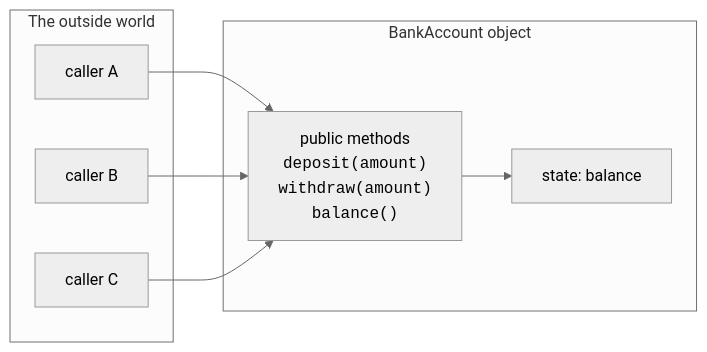
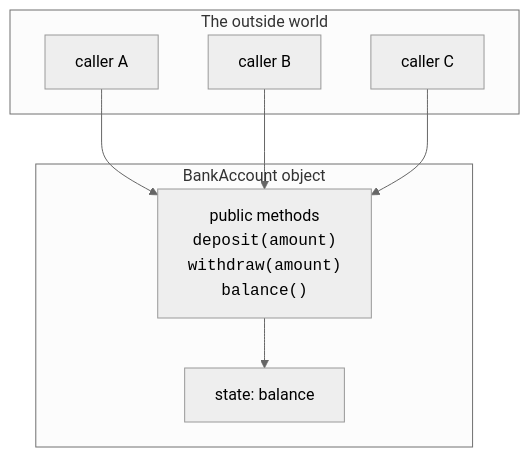
The first of 3 diagrams in content/courses/oop-blueprint-java/encapsulation.mdx (dataslope/dataslope), drawn with Mermaid (neutral theme) before and after one commit. The commit also changed 2180 other files, not shown here.

````diff
--- a/content/courses/oop-blueprint-java/encapsulation.mdx
+++ b/content/courses/oop-blueprint-java/encapsulation.mdx
@@ -30,17 +36,17 @@
 ```mermaid
-flowchart LR
+flowchart TD
     subgraph Outside["The outside world"]
         C1[caller A]
         C2[caller B]
         C3[caller C]
     end
     subgraph Capsule["BankAccount object"]
         I["state: balance"]
         M["public methods<br/><code>deposit(amount)</code><br/><code>withdraw(amount)</code><br/><code>balance()</code>"]
     end
 
     C1 --> M
     C2 --> M
     C3 --> M
     M --> I
 ```
````
